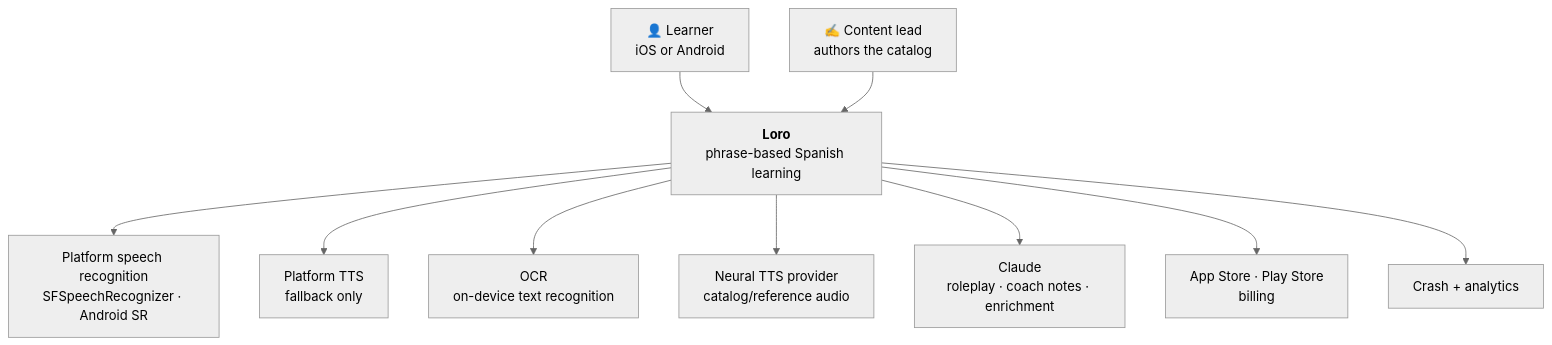
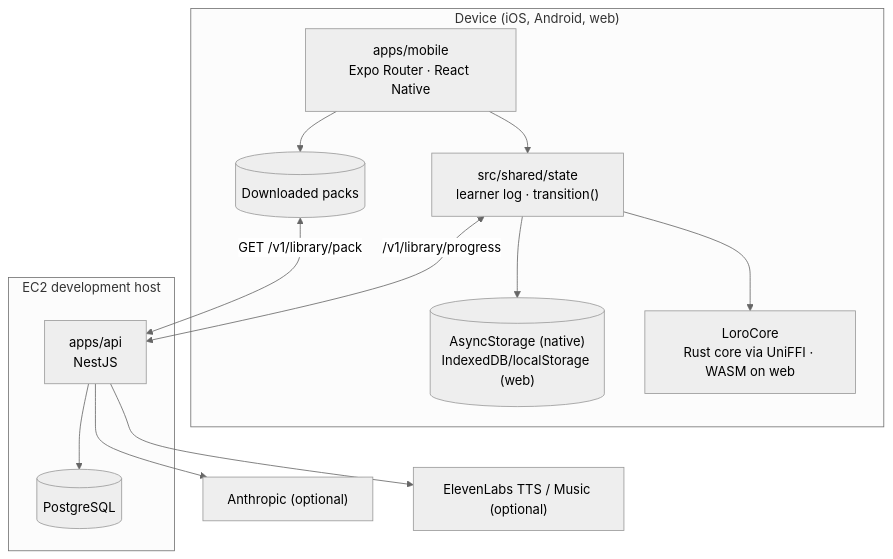
One commit to asavienko/loro changed the diagram in docs/architecture/overview.md. Above: the diagram before and after it, drawn with Mermaid (neutral theme). The commit also changed other lines of this file and 266 other files, not shown here.

````diff
--- a/docs/architecture/overview.md
+++ b/docs/architecture/overview.md
@@ -48,25 +8,27 @@
 ```mermaid
 graph TB
-  L["👤 Learner<br/>iOS or Android"]
-  CL["✍️ Content lead<br/>authors the catalog"]
+  subgraph device["Device (iOS, Android, web)"]
+    UI["apps/mobile<br/>Expo Router · React Native"]
+    STATE["src/shared/state<br/>learner log · transition()"]
+    STORE[("AsyncStorage (native)<br/>IndexedDB/localStorage (web)")]
+    CORE["LoroCore<br/>Rust core via UniFFI · WASM on web"]
+    PACKS[("Downloaded packs")]
+  end
 
-  LORO["<b>Loro</b><br/>phrase-based Spanish learning"]
+  subgraph cloud["EC2 development host"]
+    API["apps/api<br/>NestJS"]
+    PG[("PostgreSQL")]
+  end
 
-  ASR["Platform speech recognition<br/>SFSpeechRecognizer · Android SR"]
-  TTSP["Platform TTS<br/>fallback only"]
-  NTTS["Neural TTS provider<br/>catalog/reference audio"]
-  LLM["Claude<br/>roleplay · coach notes · enrichment"]
-  OCR["OCR<br/>on-device text recognition"]
-  STORE["App Store · Play Store<br/>billing"]
-  OBS["Crash + analytics"]
+  AI["Anthropic (optional)"]
+  VOICE["ElevenLabs TTS / Music (optional)"]
 
-  L --> LORO
-  CL --> LORO
-  LORO --> ASR
-  LORO --> TTSP
-  LORO --> OCR
-  LORO --> NTTS
-  LORO --> LLM
-  LORO --> STORE
-  LORO --> OBS
+  UI --> STATE --> STORE
+  STATE --> CORE
+  UI --> PACKS
+  PACKS <-->|"GET /v1/library/pack"| API
+  STATE <-->|"/v1/library/progress"| API
+  API --> PG
+  API --> AI
+  API --> VOICE
 ```
````
